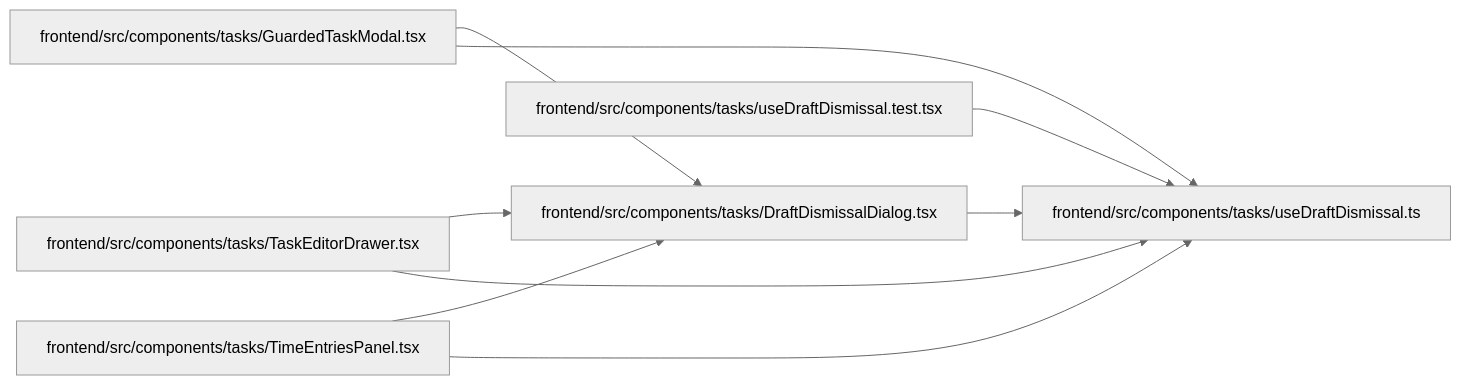
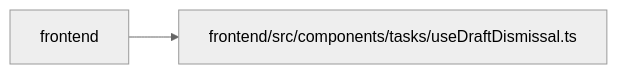
The diagram in docs/llm_wiki/modules/useDraftDismissal.md (Denissvgn/WorkChord), drawn with Mermaid (neutral theme) before and after one commit. The commit also changed other lines of this file and 10148 other files, not shown here.

````diff
--- a/docs/llm_wiki/modules/useDraftDismissal.md
+++ b/docs/llm_wiki/modules/useDraftDismissal.md
@@ -26,23 +24,7 @@
 ```mermaid
 flowchart LR
-    n0["frontend/src/components/tasks/DraftDismissalDialog.tsx"]
-    n1["frontend/src/components/tasks/GuardedTaskModal.tsx"]
-    n2["frontend/src/components/tasks/TaskEditorDrawer.tsx"]
-    n3["frontend/src/components/tasks/TimeEntriesPanel.tsx"]
-    n4["frontend/src/components/tasks/useDraftDismissal.test.tsx"]
-    n5["frontend/src/components/tasks/useDraftDismissal.ts"]
-    n0 --> n5
-    n1 --> n0
-    n1 --> n5
-    n2 --> n0
-    n2 --> n5
-    n3 --> n0
-    n3 --> n5
-    n4 --> n5
-    click n0 "../modules/DraftDismissalDialog.md"
-    click n1 "../modules/GuardedTaskModal.md"
-    click n2 "../modules/TaskEditorDrawer.md"
-    click n3 "../modules/TimeEntriesPanel.md"
-    click n4 "../modules/useDraftDismissal.test.md"
-    click n5 "../modules/useDraftDismissal.md"
+    n0["frontend"]
+    n1["frontend/src/components/tasks/useDraftDismissal.ts"]
+    n0 --> n1
+    click n1 "../modules/useDraftDismissal.md"
 ```
````
